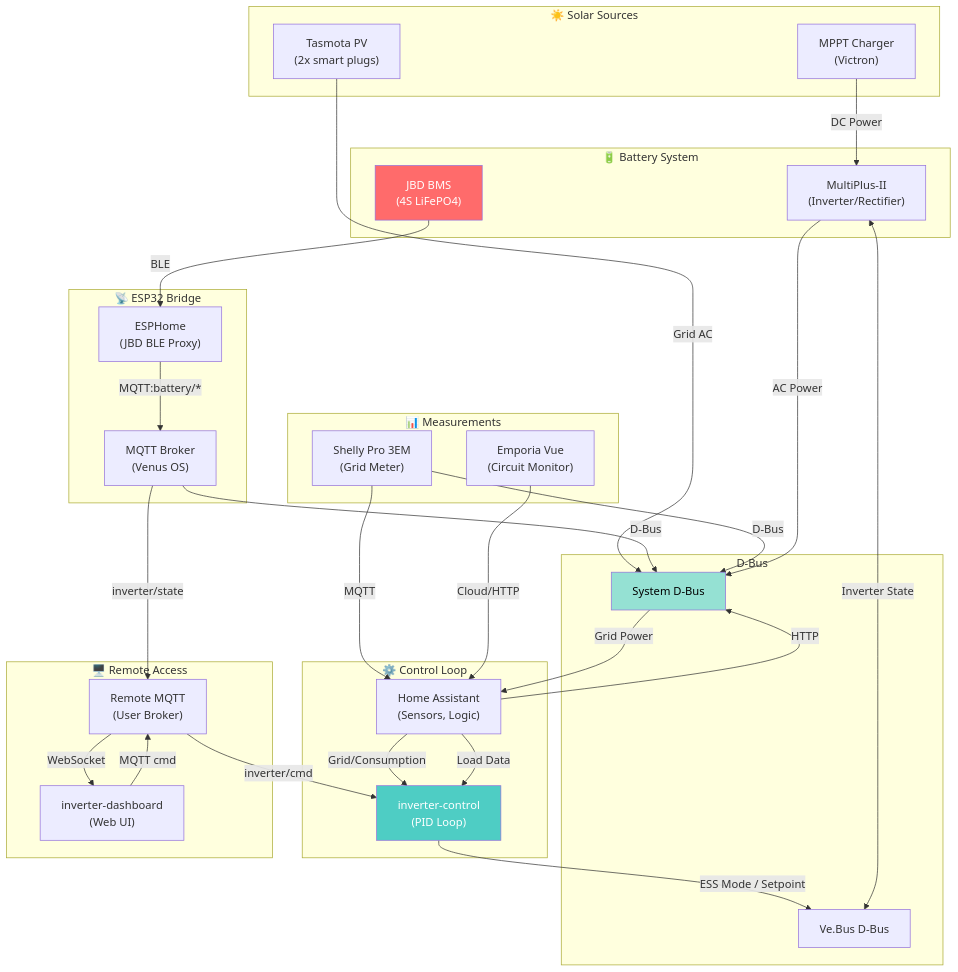
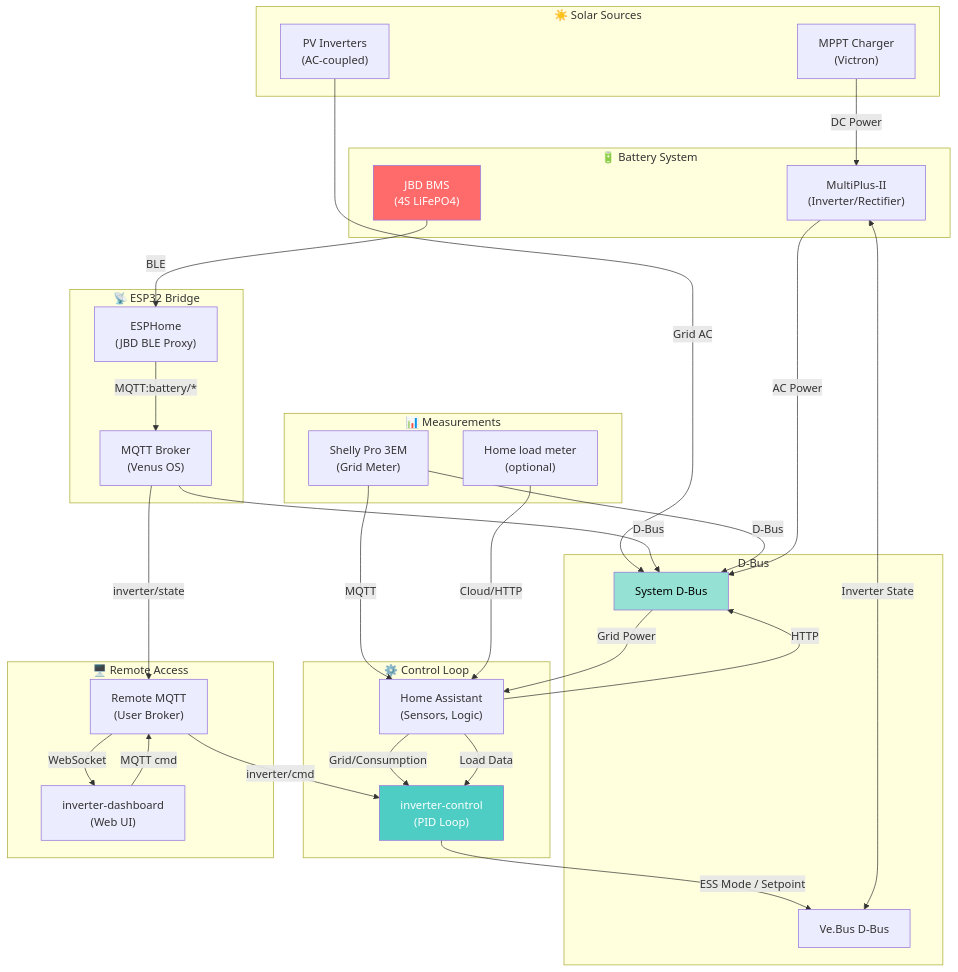
One commit to victron-venus/inverter-control changed the first of 4 diagrams in .github/docs/system-architecture.md. Above: the diagram before and after it, drawn with Mermaid. The commit also changed other lines of this file and 17 other files, not shown here.

````diff
--- a/.github/docs/system-architecture.md
+++ b/.github/docs/system-architecture.md
@@ -5,73 +5,73 @@
 ```mermaid
 flowchart TB
     subgraph Solar["☀️ Solar Sources"]
         MPPT["MPPT Charger\n(Victron)"]
-        TAS["Tasmota PV\n(2x smart plugs)"]
+        PVI["PV Inverters\n(AC-coupled)"]
     end
 
     subgraph Battery["🔋 Battery System"]
         JBD["JBD BMS\n(4S LiFePO4)"]
         INV["MultiPlus-II\n(Inverter/Rectifier)"]
     end
 
     subgraph Measurement["📊 Measurements"]
         SHELLY["Shelly Pro 3EM\n(Grid Meter)"]
-        VUE["Emporia Vue\n(Circuit Monitor)"]
+        HOME["Home load meter\n(optional)"]
     end
 
     subgraph ESP["📡 ESP32 Bridge"]
         ESP32["ESPHome\n(JBD BLE Proxy)"]
         MQTT_BR["MQTT Broker\n(Venus OS)"]
     end
 
     subgraph Control["⚙️ Control Loop"]
         HA["Home Assistant\n(Sensors, Logic)"]
         INV_CTRL["inverter-control\n(PID Loop)"]
     end
 
     subgraph Dbus["D-Bus"]
         SYS["System D-Bus"]
         VBUS["Ve.Bus D-Bus"]
     end
 
     subgraph Remote["🖥️ Remote Access"]
         DASH["inverter-dashboard\n(Web UI)"]
         MQTT_REM["Remote MQTT\n(User Broker)"]
     end
 
     %% Solar to Battery
     MPPT -->|"DC Power"| INV
-    TAS -->|"Grid AC"| SYS
+    PVI -->|"Grid AC"| SYS
 
     %% Battery connections
     JBD -->|"BLE"| ESP32
     ESP32 -->|"MQTT:battery/*"| MQTT_BR
     MQTT_BR -->|"D-Bus"| SYS
 
     %% Grid measurement
     SHELLY -->|"MQTT"| HA
     HA -->|"HTTP"| SYS
     SHELLY -->|"D-Bus"| SYS
 
     %% Control flow
     SYS -->|"Grid Power"| HA
     HA -->|"Grid/Consumption"| INV_CTRL
     INV_CTRL -->|"ESS Mode / Setpoint"| VBUS
     INV -->|"AC Power"| SYS
     VBUS <-->|"Inverter State"| INV
 
     %% Circuit monitoring
-    VUE -->|"Cloud/HTTP"| HA
+    HOME -->|"Cloud/HTTP"| HA
     HA -->|"Load Data"| INV_CTRL
 
     %% Remote access
     MQTT_BR -->|"inverter/state"| MQTT_REM
     MQTT_REM -->|"WebSocket"| DASH
     DASH -->|"MQTT cmd"| MQTT_REM
     MQTT_REM -->|"inverter/cmd"| INV_CTRL
 
     %% Legend
     style JBD fill:#ff6b6b,color:#fff
     style INV_CTRL fill:#4ecdc4,color:#fff
     style SYS fill:#95e1d3,color:#000
 ```
````
